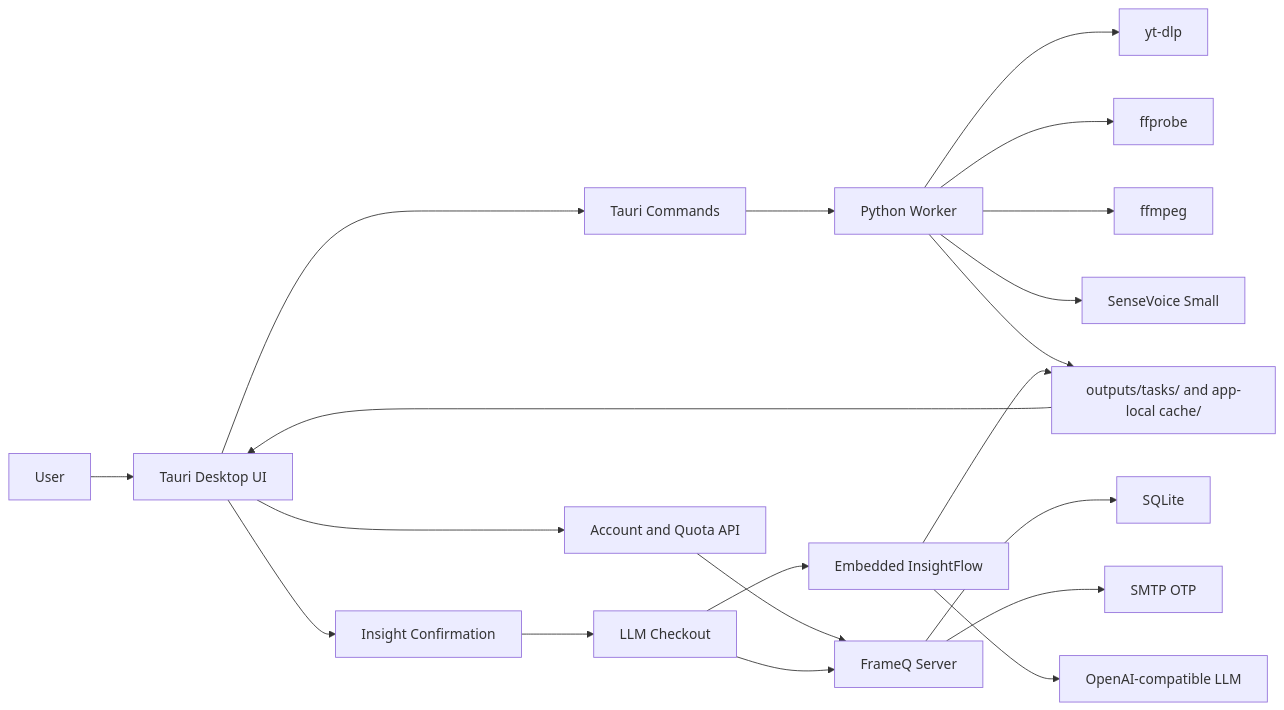
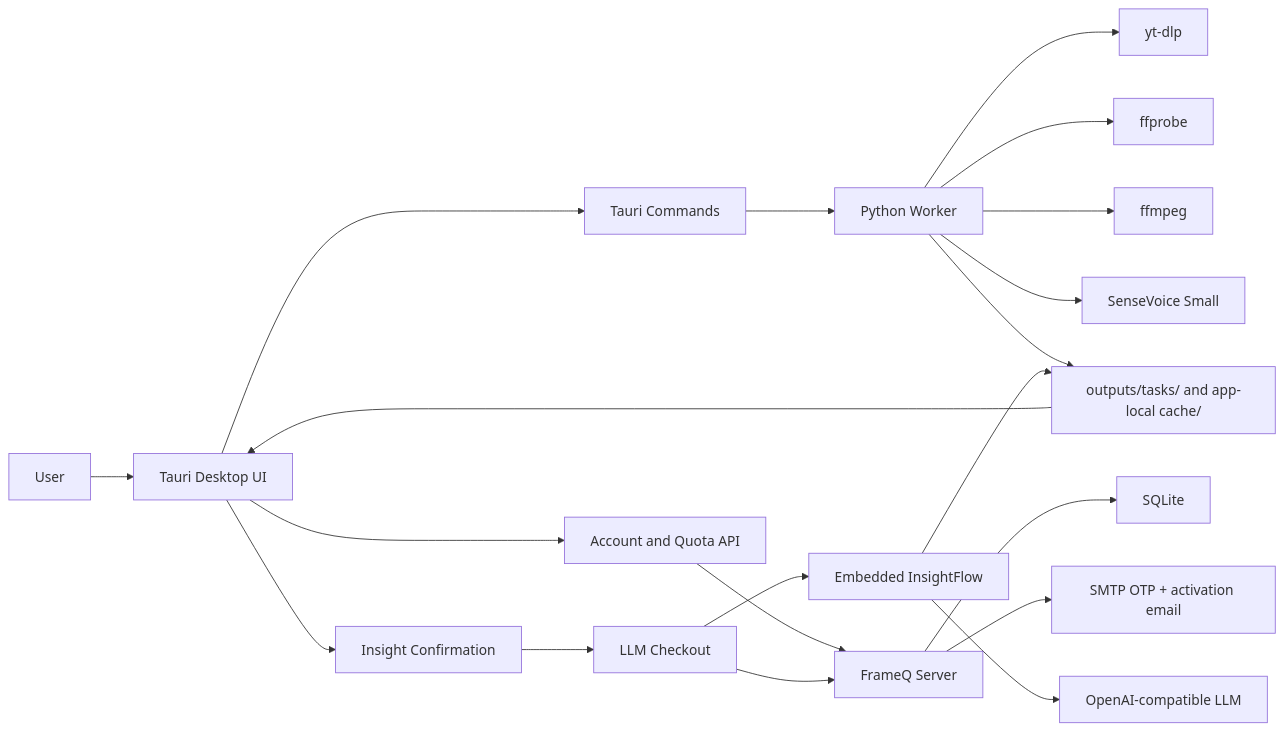
One commit to jiabai/FrameQ changed the diagram in README.md. Above: the diagram before and after it, drawn with Mermaid. The commit also changed other lines of this file and 11 other files, not shown here.

````diff
--- a/README.md
+++ b/README.md
@@ -109,24 +109,24 @@
 ```mermaid
 flowchart LR
   User["User"] --> App["Tauri Desktop UI"]
   App --> Tauri["Tauri Commands"]
   Tauri --> Worker["Python Worker"]
   Worker --> Downloader["yt-dlp"]
   Worker --> Probe["ffprobe"]
   Worker --> Audio["ffmpeg"]
   Worker --> ASR["SenseVoice Small"]
   Worker --> Files["outputs/tasks/ and app-local cache/"]
   Files --> App
 
   App --> Account["Account and Quota API"]
   Account --> Server["FrameQ Server"]
   Server --> SQLite["SQLite"]
-  Server --> SMTP["SMTP OTP"]
+  Server --> SMTP["SMTP OTP + activation email"]
 
   App --> Confirm["Insight Confirmation"]
   Confirm --> Checkout["LLM Checkout"]
   Checkout --> Server
   Checkout --> Insight["Embedded InsightFlow"]
   Insight --> LLM["OpenAI-compatible LLM"]
   Insight --> Files
 ```
````
